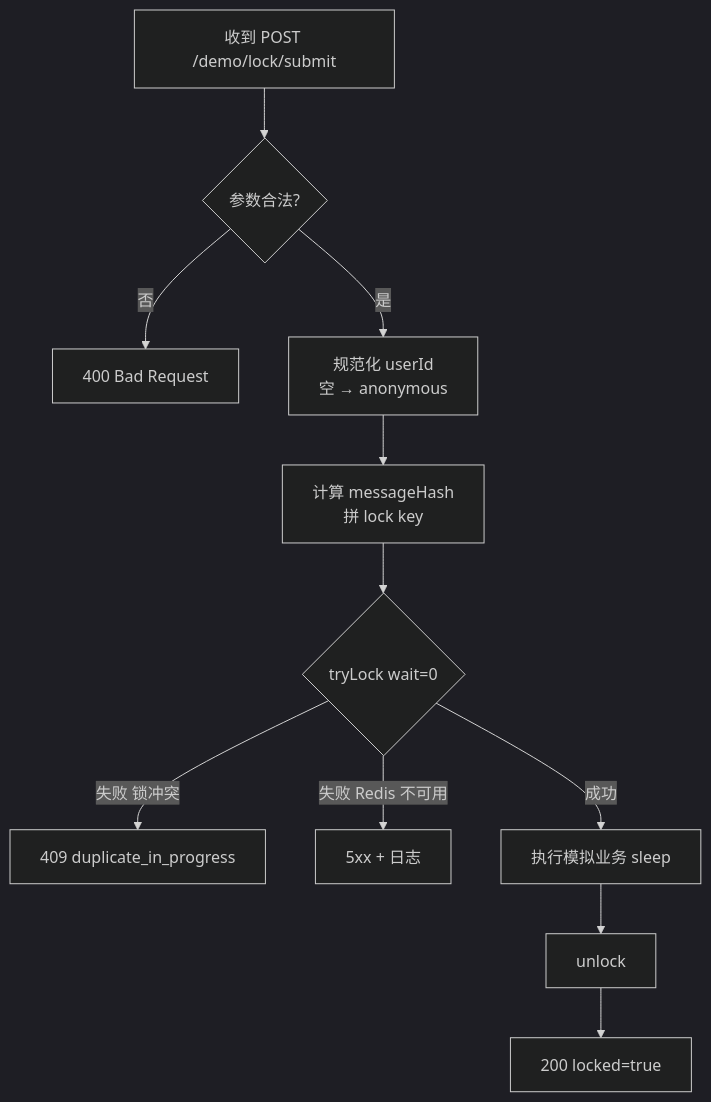
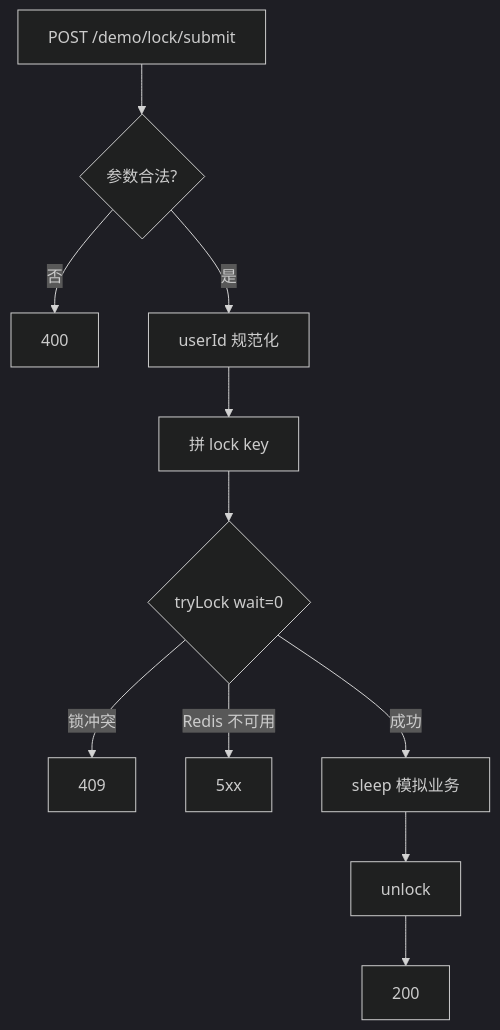
Before and after one commit to jasonsoso/spring-ai-demo: the fifth of 6 diagrams in demo2/docs/superpowers/specs/2026-08-05-lock4j-redisson-design.md, drawn with Mermaid (dark theme). The commit also changed other lines of this file, not shown here.

Commit message:
docs(demo2): expand lock design to demo annotation plus ask tryLock

````diff
--- a/demo2/docs/superpowers/specs/2026-08-05-lock4j-redisson-design.md
+++ b/demo2/docs/superpowers/specs/2026-08-05-lock4j-redisson-design.md
@@ -221,13 +214,13 @@
 ```mermaid
 flowchart TD
-  A[收到 POST /demo/lock/submit] --> B{参数合法?}
-  B -->|否| B400[400 Bad Request]
-  B -->|是| C[规范化 userId<br/>空 → anonymous]
-  C --> D[计算 messageHash<br/>拼 lock key]
+  A[POST /demo/lock/submit] --> B{参数合法?}
+  B -->|否| B400[400]
+  B -->|是| C[userId 规范化]
+  C --> D[拼 lock key]
   D --> E{tryLock wait=0}
-  E -->|失败 锁冲突| F409[409 duplicate_in_progress]
-  E -->|失败 Redis 不可用| F500[5xx + 日志]
-  E -->|成功| G[执行模拟业务 sleep]
+  E -->|锁冲突| F409[409]
+  E -->|Redis 不可用| F500[5xx]
+  E -->|成功| G[sleep 模拟业务]
   G --> H[unlock]
-  H --> I[200 locked=true]
+  H --> I[200]
 ```
````
